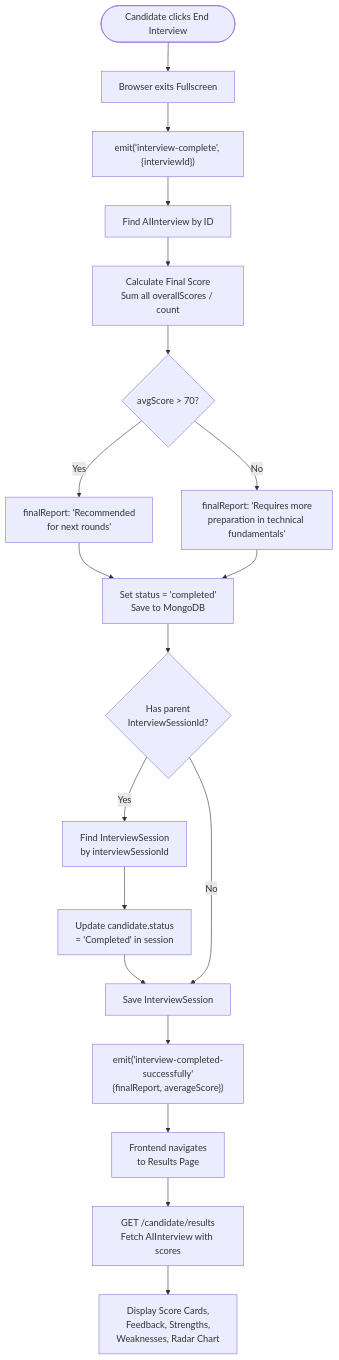
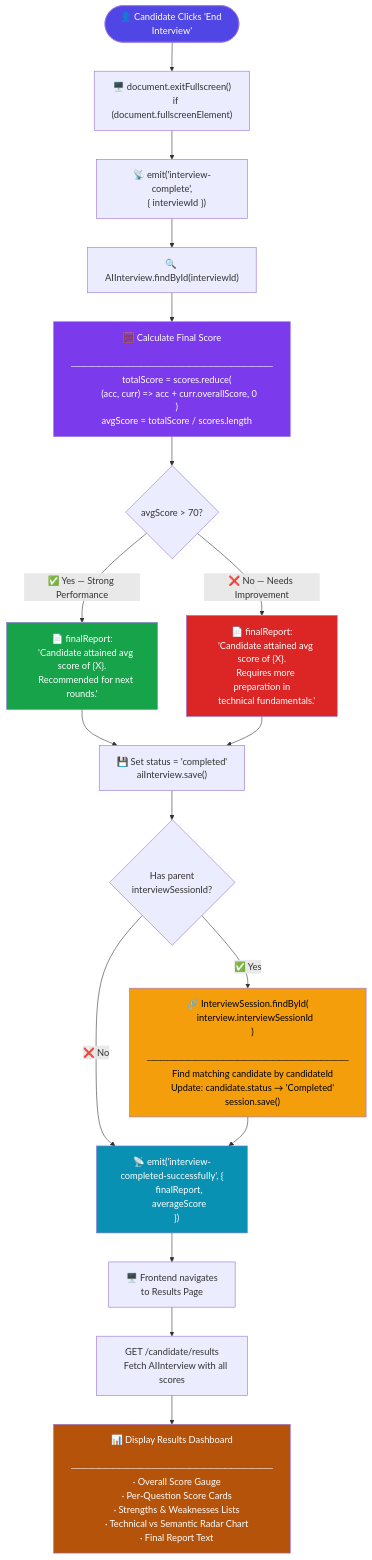
The ninth of 11 diagrams in VIRQA_AI_Flow_Diagram.md (Final-Year-Project-UCP/VIRQA-Project), drawn with Mermaid before and after one commit. The commit also changed other lines of this file and 42 other files, not shown here.

````diff
--- a/VIRQA_AI_Flow_Diagram.md
+++ b/VIRQA_AI_Flow_Diagram.md
@@ -191,27 +642,78 @@
 ```mermaid
 flowchart TD
-    A([Candidate clicks End Interview]) --> B[Browser exits Fullscreen]
-    B --> C["emit('interview-complete', {interviewId})"]
+    START(["👤 Candidate Clicks 'End Interview'"]) --> FS
 
-    C --> D[Find AIInterview by ID]
-    D --> E[Calculate Final Score\nSum all overallScores / count]
-    E --> F{avgScore > 70?}
+    FS["🖥️ document.exitFullscreen()
+    if (document.fullscreenElement)"]
+    FS --> EMIT_END["📡 emit('interview-complete',
+    { interviewId })"]
 
-    F -->|Yes| G["finalReport: 'Recommended\nfor next rounds'"]
-    F -->|No| H["finalReport: 'Requires more\npreparation in technical fundamentals'"]
+    EMIT_END --> FETCH["🔍 AIInterview.findById(interviewId)"]
+    FETCH --> CALC["🧮 Calculate Final Score
+    ─────────────────────────────
+    totalScore = scores.reduce(
+      (acc, curr) => acc + curr.overallScore, 0
+    )
+    avgScore = totalScore / scores.length"]
 
-    G --> I[Set status = 'completed'\nSave to MongoDB]
-    H --> I
+    CALC --> THRESHOLD{"avgScore > 70?"}
 
-    I --> J{Has parent\nInterviewSessionId?}
-    J -->|Yes| K[Find InterviewSession\nby interviewSessionId]
-    K --> L[Update candidate.status\n= 'Completed' in session]
-    L --> M[Save InterviewSession]
-    J -->|No| M
+    THRESHOLD -->|"✅ Yes — Strong Performance"| PASS_RPT
+    PASS_RPT["📄 finalReport:
+    'Candidate attained avg score of {X}.
+    Recommended for next rounds.'"]
 
-    M --> N["emit('interview-completed-successfully'\n{finalReport, averageScore})"]
-    N --> O[Frontend navigates\nto Results Page]
+    THRESHOLD -->|"❌ No — Needs Improvement"| FAIL_RPT
+    FAIL_RPT["📄 finalReport:
+    'Candidate attained avg score of {X}.
+    Requires more preparation in
+    technical fundamentals.'"]
 
-    O --> P["GET /candidate/results\nFetch AIInterview with scores"]
-    P --> Q[Display Score Cards,\nFeedback, Strengths,\nWeaknesses, Radar Chart]
+    PASS_RPT --> COMPLETE
+    FAIL_RPT --> COMPLETE
+
+    COMPLETE["💾 Set status = 'completed'
+    aiInterview.save()"]
+
+    COMPLETE --> PARENT_CHK{"Has parent
+    interviewSessionId?"}
+
+    PARENT_CHK -->|"✅ Yes"| SYNC
+    SYNC["🔗 InterviewSession.findById(
+      interview.interviewSessionId
+    )
+    ─────────────────────────────
+    Find matching candidate by candidateId
+    Update: candidate.status → 'Completed'
+    session.save()"]
+
+    PARENT_CHK -->|"❌ No"| EMIT_DONE
+    SYNC --> EMIT_DONE
+
+    EMIT_DONE["📡 emit('interview-completed-successfully', {
+      finalReport,
+      averageScore
+    })"]
+
+    EMIT_DONE --> NAV["🖥️ Frontend navigates
+    to Results Page"]
+
+    NAV --> RESULTS_API["GET /candidate/results
+    Fetch AIInterview with all scores"]
+
+    RESULTS_API --> DISPLAY["📊 Display Results Dashboard
+    ─────────────────────────────
+    · Overall Score Gauge
+    · Per-Question Score Cards
+    · Strengths & Weaknesses Lists
+    · Technical vs Semantic Radar Chart
+    · Final Report Text"]
+
+    style START fill:#4f46e5,color:#fff
+    style CALC fill:#7c3aed,color:#fff
+    style PASS_RPT fill:#16a34a,color:#fff
+    style FAIL_RPT fill:#dc2626,color:#fff
+    style SYNC fill:#f59e0b,color:#000
+    style EMIT_DONE fill:#0891b2,color:#fff
+    style DISPLAY fill:#b45309,color:#fff
 ```
````
